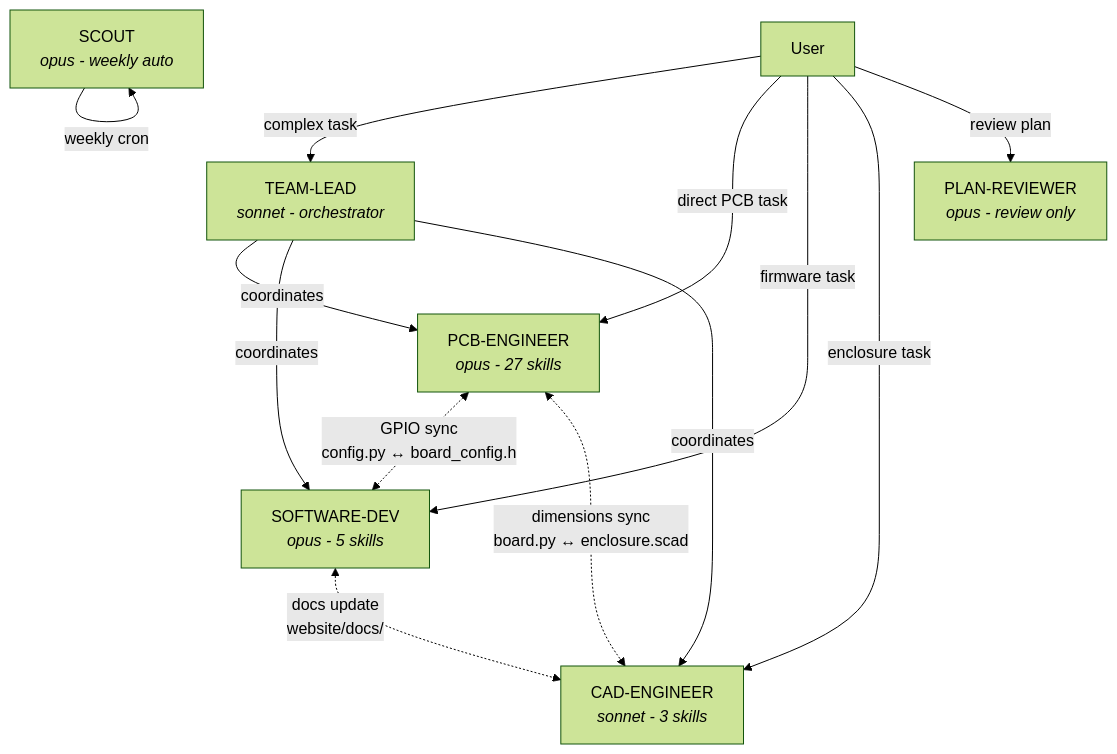
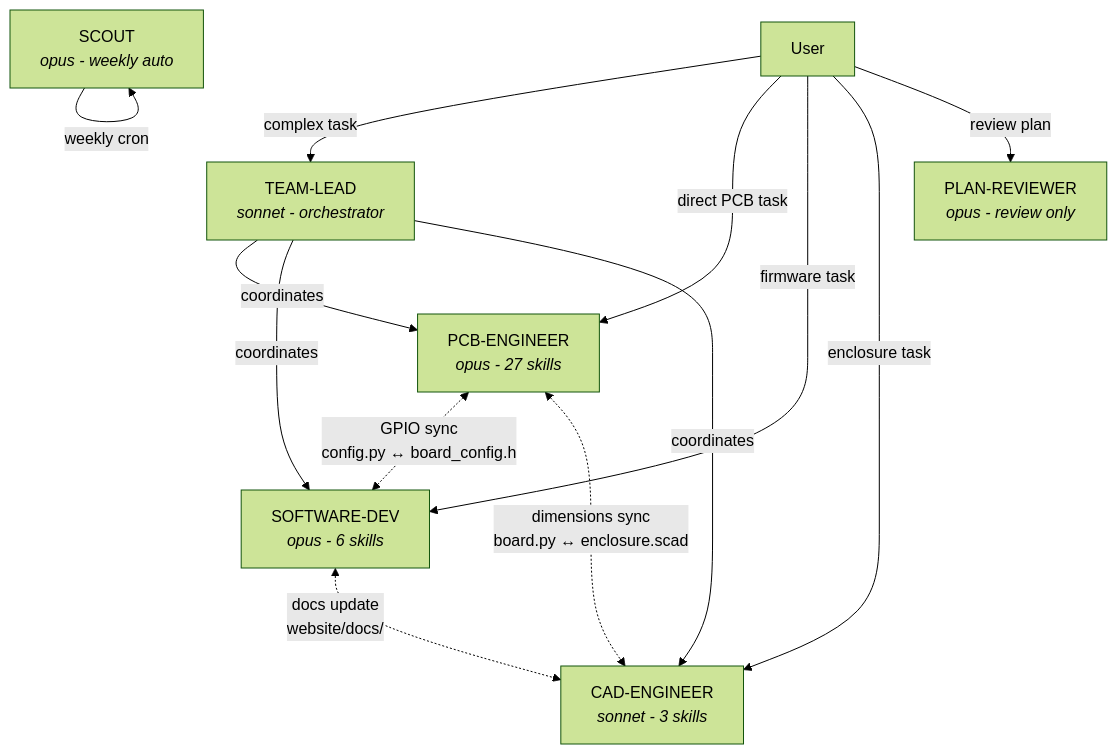
The first of 3 diagrams in website/docs/development/workflow-guide.md (pjcau/esp32-emu-turbo), drawn with Mermaid (forest theme) before and after one commit. The commit also changed other lines of this file and 27 other files, not shown here.

````diff
--- a/website/docs/development/workflow-guide.md
+++ b/website/docs/development/workflow-guide.md
@@ -15,26 +15,26 @@
 ```mermaid
 graph TB
     USER["User"]
 
     TL["TEAM-LEAD<br/><i>sonnet - orchestrator</i>"]
     PCB["PCB-ENGINEER<br/><i>opus - 27 skills</i>"]
-    SW["SOFTWARE-DEV<br/><i>opus - 5 skills</i>"]
+    SW["SOFTWARE-DEV<br/><i>opus - 6 skills</i>"]
     CAD["CAD-ENGINEER<br/><i>sonnet - 3 skills</i>"]
     PR["PLAN-REVIEWER<br/><i>opus - review only</i>"]
     SC["SCOUT<br/><i>opus - weekly auto</i>"]
 
     USER -->|complex task| TL
     USER -->|direct PCB task| PCB
     USER -->|firmware task| SW
     USER -->|enclosure task| CAD
     USER -->|review plan| PR
     SC -->|weekly cron| SC
 
     TL -->|coordinates| PCB
     TL -->|coordinates| SW
     TL -->|coordinates| CAD
 
     PCB <-.->|"GPIO sync<br/>config.py ↔ board_config.h"| SW
     PCB <-.->|"dimensions sync<br/>board.py ↔ enclosure.scad"| CAD
     SW <-.->|"docs update<br/>website/docs/"| CAD
 ```
````
